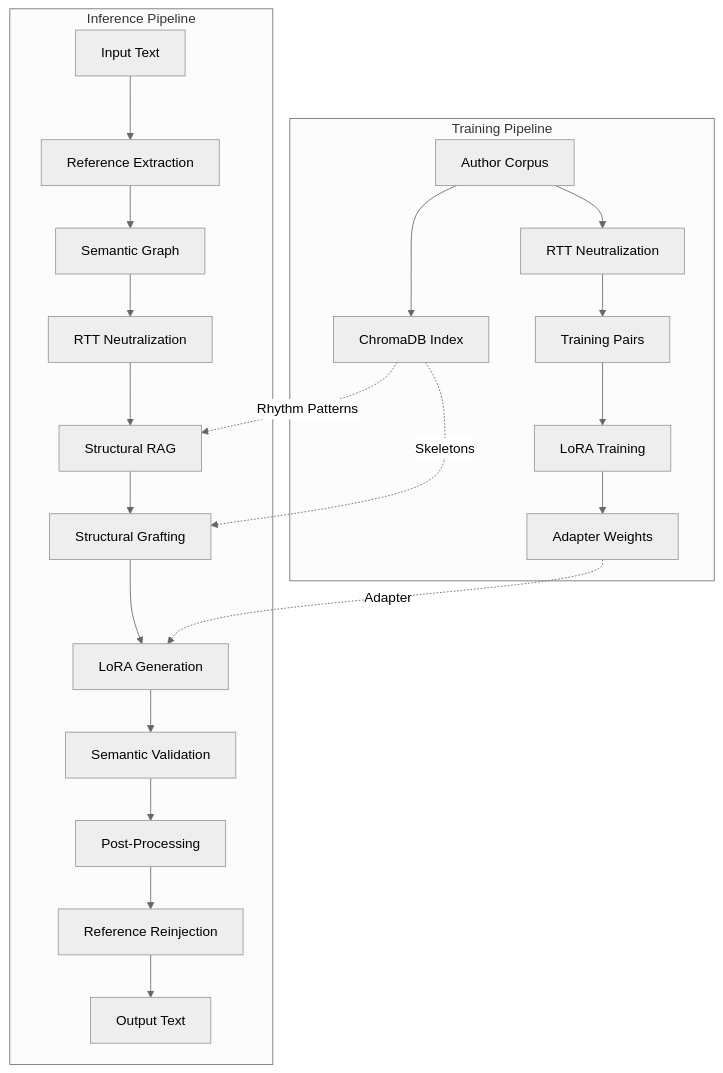
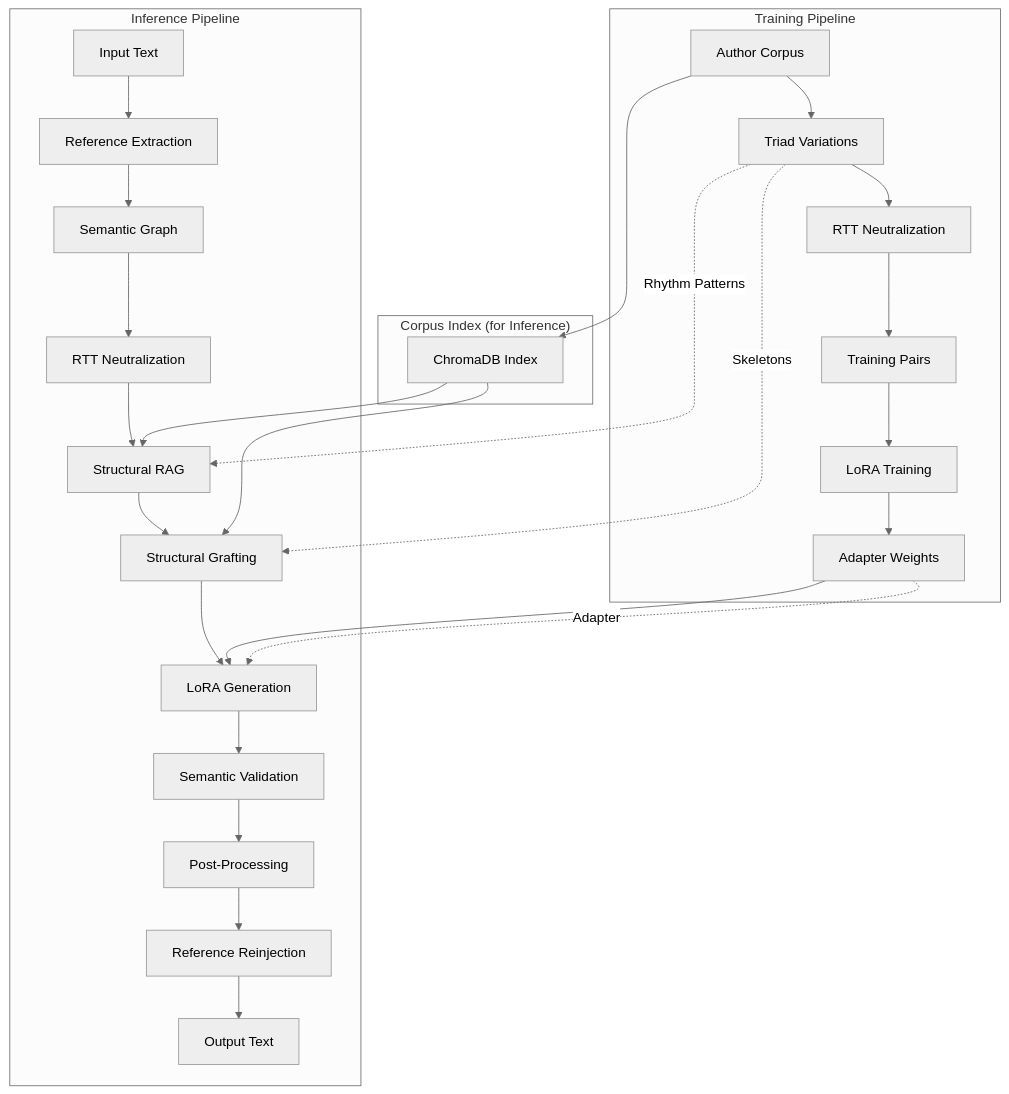
The first of 3 diagrams in docs/architecture.md (yogthos/revenant), drawn with Mermaid (neutral theme) before and after one commit. The commit also changed other lines of this file and 1 other file, not shown here.

````diff
--- a/docs/architecture.md
+++ b/docs/architecture.md
@@ -9,27 +9,34 @@
 ```mermaid
 flowchart TB
     subgraph Training["Training Pipeline"]
-        T1[Author Corpus] --> T2[ChromaDB Index]
-        T1 --> T3[RTT Neutralization]
+        T1[Author Corpus] --> T2[Triad Variations]
+        T2 --> T3[RTT Neutralization]
         T3 --> T4[Training Pairs]
         T4 --> T5[LoRA Training]
         T5 --> T6[Adapter Weights]
+    end
+
+    subgraph IndexDB["Corpus Index (for Inference)"]
+        T1 --> C1[ChromaDB Index]
     end
 
     subgraph Inference["Inference Pipeline"]
         I1[Input Text] --> I2[Reference Extraction]
         I2 --> I3[Semantic Graph]
         I3 --> I4[RTT Neutralization]
         I4 --> I5[Structural RAG]
+        C1 --> I5
         I5 --> I6[Structural Grafting]
+        C1 --> I6
         I6 --> I7[LoRA Generation]
+        T6 --> I7
         I7 --> I8[Semantic Validation]
         I8 --> I9[Post-Processing]
         I9 --> I10[Reference Reinjection]
         I10 --> I11[Output Text]
     end
 
     T2 -.->|Rhythm Patterns| I5
     T2 -.->|Skeletons| I6
     T6 -.->|Adapter| I7
 ```
````
